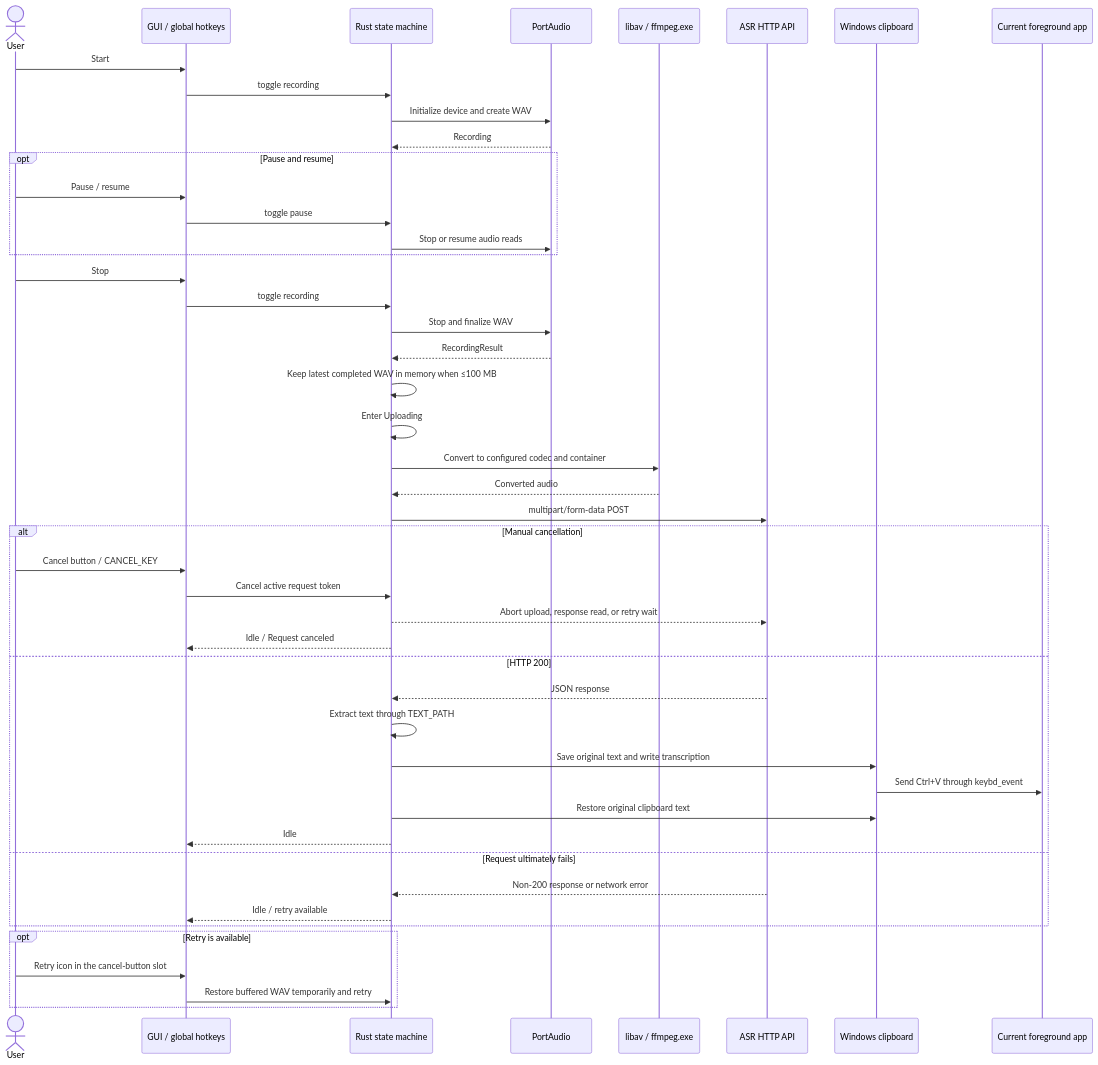
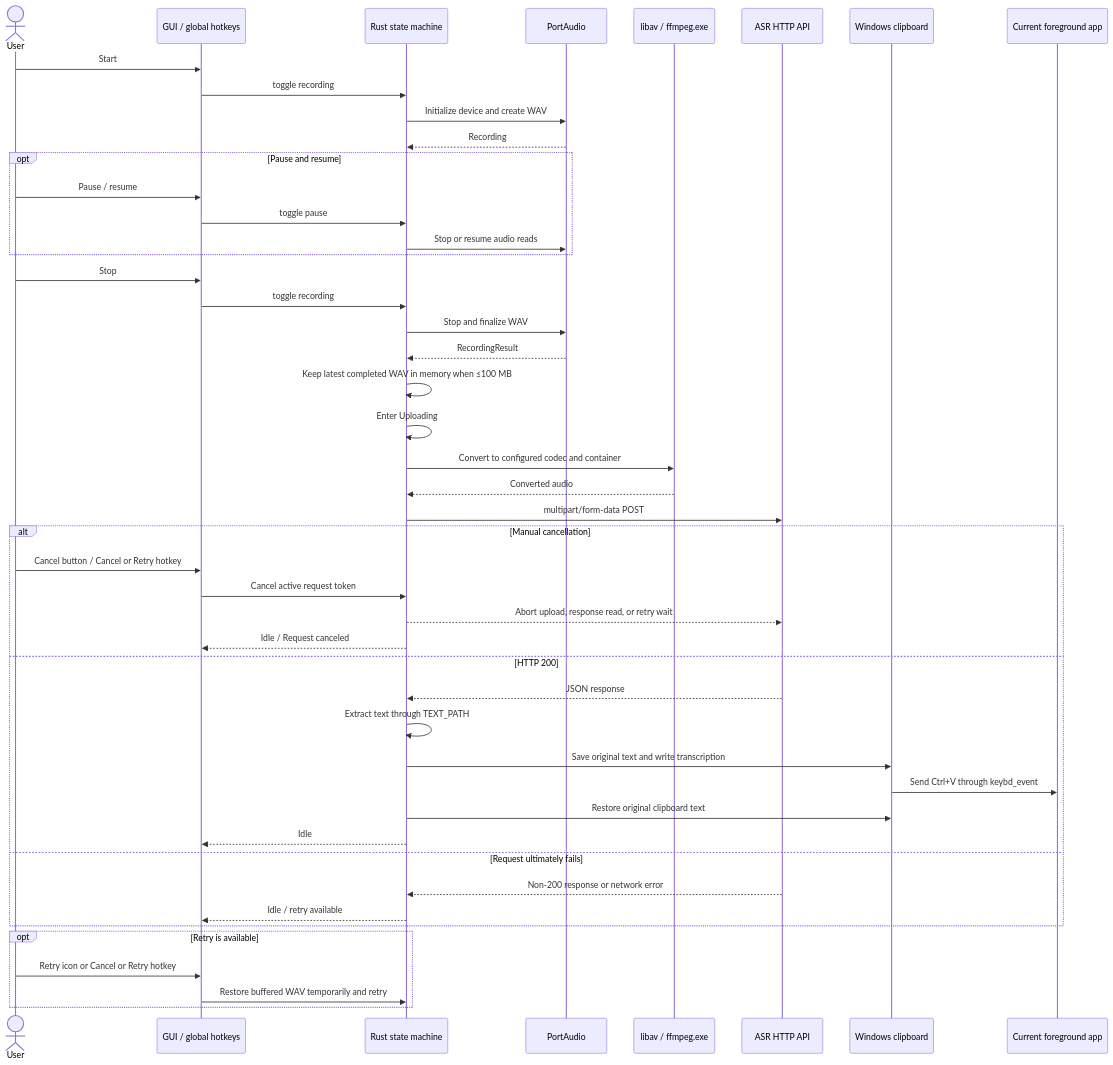
Before and after one commit to Joey-Kot/STT-for-Windows: the second of 3 diagrams in README.md, drawn with Mermaid. The commit also changed other lines of this file and 12 other files, not shown here.

````diff
--- a/README.md
+++ b/README.md
@@ -99,54 +100,54 @@
 ```mermaid
 sequenceDiagram
     actor User
     participant Control as GUI / global hotkeys
     participant Runtime as Rust state machine
     participant Recorder as PortAudio
     participant Converter as libav / ffmpeg.exe
     participant ASR as ASR HTTP API
     participant Clipboard as Windows clipboard
     participant App as Current foreground app
 
     User->>Control: Start
     Control->>Runtime: toggle recording
     Runtime->>Recorder: Initialize device and create WAV
     Recorder-->>Runtime: Recording
 
     opt Pause and resume
         User->>Control: Pause / resume
         Control->>Runtime: toggle pause
         Runtime->>Recorder: Stop or resume audio reads
     end
 
     User->>Control: Stop
     Control->>Runtime: toggle recording
     Runtime->>Recorder: Stop and finalize WAV
     Recorder-->>Runtime: RecordingResult
     Runtime->>Runtime: Keep latest completed WAV in memory when ≤100 MB
     Runtime->>Runtime: Enter Uploading
     Runtime->>Converter: Convert to configured codec and container
     Converter-->>Runtime: Converted audio
     Runtime->>ASR: multipart/form-data POST
 
     alt Manual cancellation
-        User->>Control: Cancel button / CANCEL_KEY
+        User->>Control: Cancel button / Cancel or Retry hotkey
         Control->>Runtime: Cancel active request token
         Runtime-->>ASR: Abort upload, response read, or retry wait
         Runtime-->>Control: Idle / Request canceled
     else HTTP 200
         ASR-->>Runtime: JSON response
         Runtime->>Runtime: Extract text through TEXT_PATH
         Runtime->>Clipboard: Save original text and write transcription
         Clipboard->>App: Send Ctrl+V through keybd_event
         Runtime->>Clipboard: Restore original clipboard text
         Runtime-->>Control: Idle
     else Request ultimately fails
         ASR-->>Runtime: Non-200 response or network error
         Runtime-->>Control: Idle / retry available
     end
 
     opt Retry is available
-        User->>Control: Retry icon in the cancel-button slot
+        User->>Control: Retry icon or Cancel or Retry hotkey
         Control->>Runtime: Restore buffered WAV temporarily and retry
     end
 ```
````
